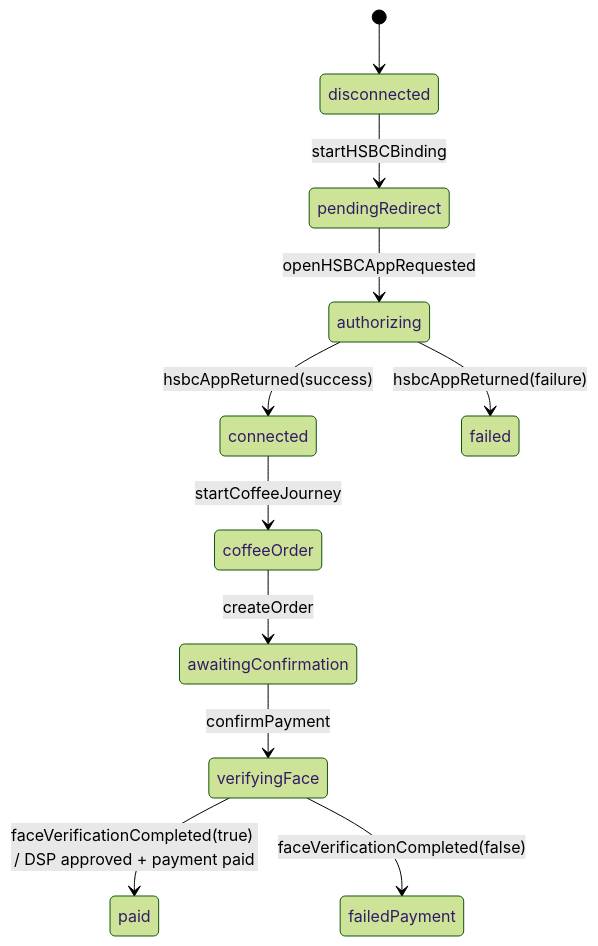
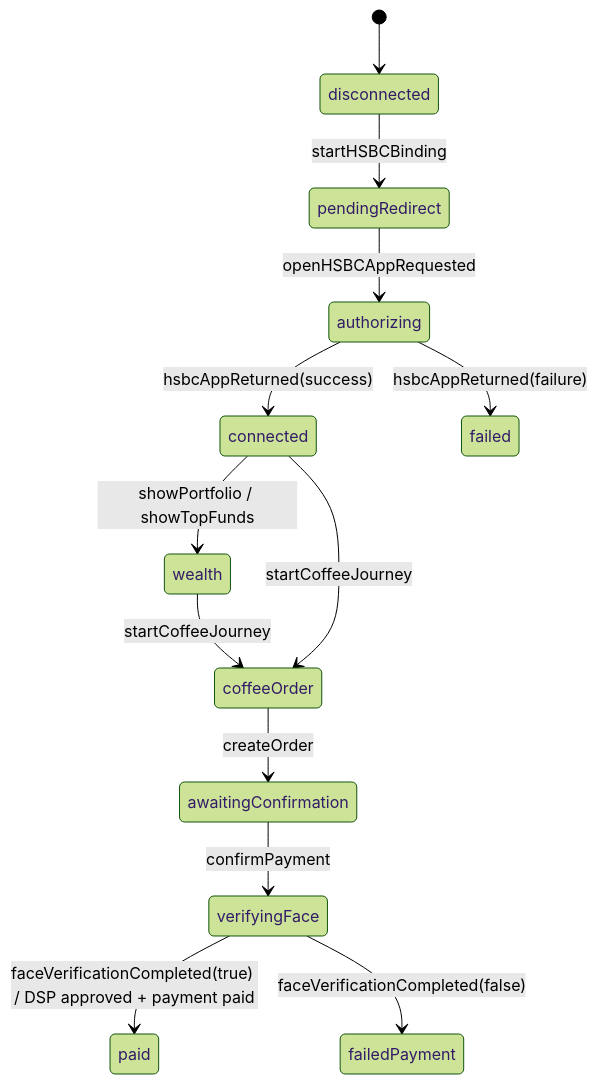
The eighth of 8 diagrams in DESIGN.md (EdwardLMH/LLMChatIntegration), drawn with Mermaid (forest theme) before and after one commit. The commit also changed other lines of this file and 35 other files, not shown here.

````diff
--- a/DESIGN.md
+++ b/DESIGN.md
@@ -280,13 +337,15 @@
 ```mermaid
 stateDiagram-v2
     [*] --> disconnected
     disconnected --> pendingRedirect: startHSBCBinding
     pendingRedirect --> authorizing: openHSBCAppRequested
     authorizing --> connected: hsbcAppReturned(success)
     authorizing --> failed: hsbcAppReturned(failure)
+    connected --> wealth: showPortfolio / showTopFunds
+    wealth --> coffeeOrder: startCoffeeJourney
     connected --> coffeeOrder: startCoffeeJourney
     coffeeOrder --> awaitingConfirmation: createOrder
     awaitingConfirmation --> verifyingFace: confirmPayment
     verifyingFace --> paid: faceVerificationCompleted(true) / DSP approved + payment paid
     verifyingFace --> failedPayment: faceVerificationCompleted(false)
 ```
````
